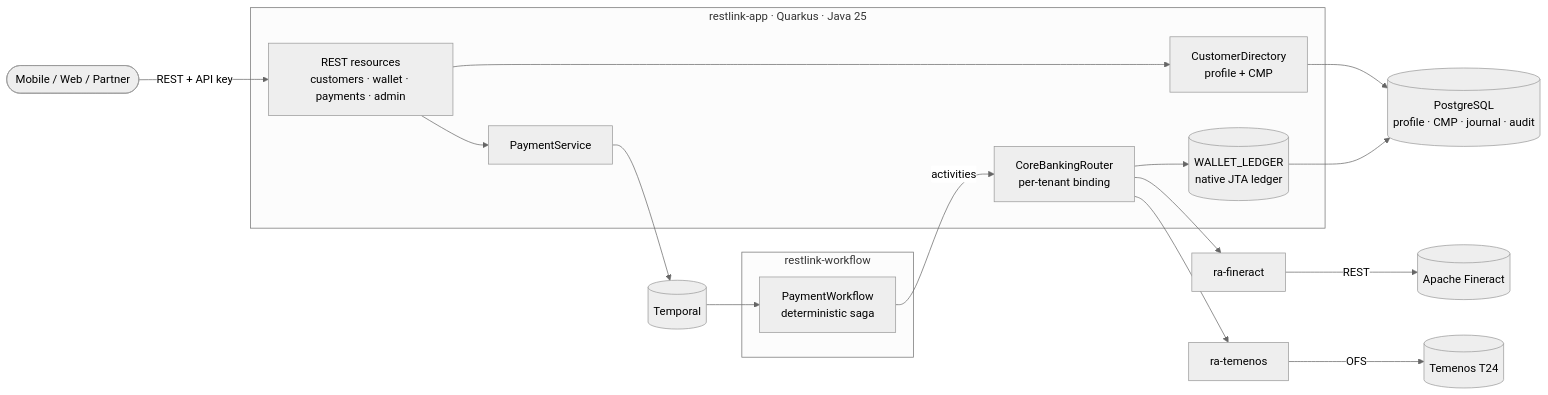
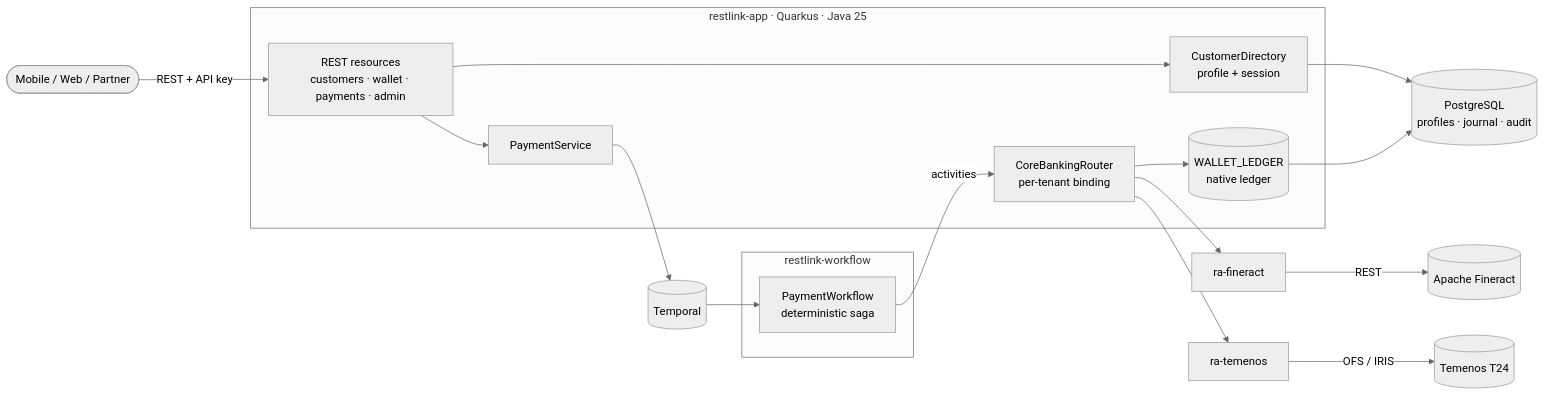
Before and after one commit to nhanth87/restlink-banking-core-oss: the first of 2 diagrams in README.md, drawn with Mermaid (neutral theme). The commit also changed other lines of this file, not shown here.

Commit message:
Rewrite README: clearer story, honest project status, Temenos exposed as an API until a licensed environment exists, contributing guide.

````diff
--- a/README.md
+++ b/README.md
@@ -37,25 +44,25 @@
 ```mermaid
 flowchart LR
     client([Mobile / Web / Partner]) -->|REST + API key| api
 
     subgraph app [restlink-app · Quarkus · Java 25]
         api[REST resources<br/>customers · wallet · payments · admin]
-        dir[CustomerDirectory<br/>profile + CMP]
+        dir[CustomerDirectory<br/>profile + session]
         pay[PaymentService]
         router[CoreBankingRouter<br/>per-tenant binding]
-        wl[(WALLET_LEDGER<br/>native JTA ledger)]
+        wl[(WALLET_LEDGER<br/>native ledger)]
     end
 
     subgraph wf [restlink-workflow]
         saga[PaymentWorkflow<br/>deterministic saga]
     end
 
     api --> dir
     api --> pay --> temporal[(Temporal)] --> saga
     saga -->|activities| router
     router --> wl
     router --> raf[ra-fineract] -->|REST| fineract[(Apache Fineract)]
-    router --> rat[ra-temenos] -->|OFS| temenos[(Temenos T24)]
-    dir --> pg[(PostgreSQL<br/>profile · CMP · journal · audit)]
+    router --> rat[ra-temenos] -->|OFS / IRIS| temenos[(Temenos T24)]
+    dir --> pg[(PostgreSQL<br/>profiles · journal · audit)]
     wl --> pg
 ```
````
